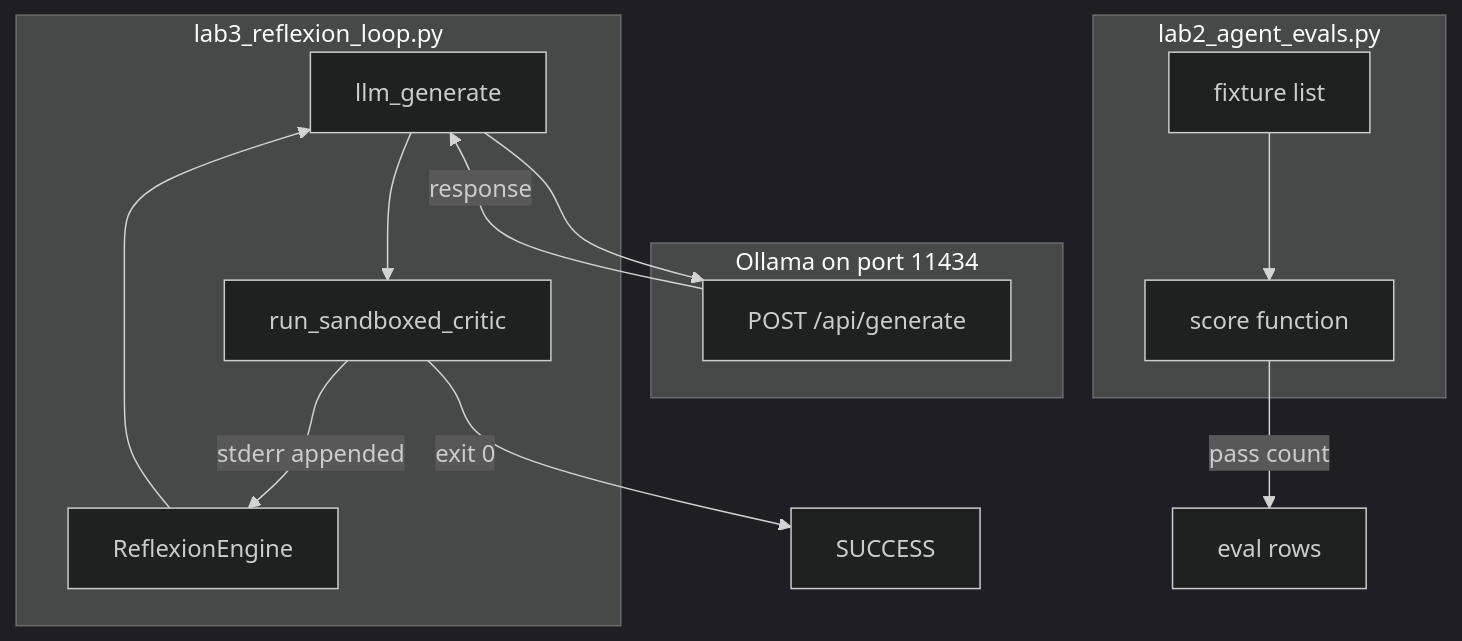
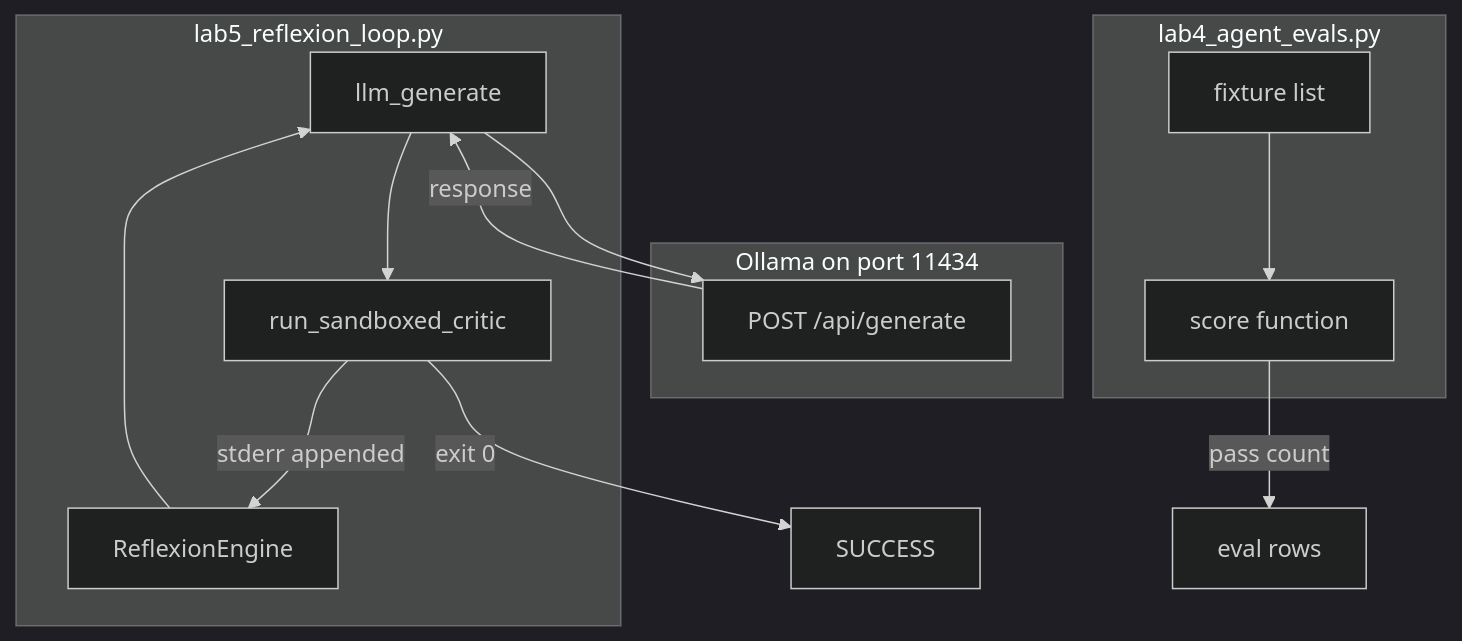
Before and after one commit to jacobbweber/AgenticAI-Labs: the diagram in education/12_reliability/02_reflexion_and_evals.md, drawn with Mermaid (dark theme). The commit also changed other lines of this file and 1 other file, not shown here.

Commit message:
Update chapter 12 module Lab links after renumber

````diff
--- a/education/12_reliability/02_reflexion_and_evals.md
+++ b/education/12_reliability/02_reflexion_and_evals.md
@@ -38,23 +38,23 @@
 ```mermaid
 flowchart TD
-    subgraph reflex_lab [lab3_reflexion_loop.py]
+    subgraph reflex_lab [lab5_reflexion_loop.py]
         GEN["llm_generate"]
         CRIT["run_sandboxed_critic"]
         ENG["ReflexionEngine"]
     end
     subgraph reflex_host [Ollama on port 11434]
         GENAPI["POST /api/generate"]
     end
-    subgraph eval_lab [lab2_agent_evals.py]
+    subgraph eval_lab [lab4_agent_evals.py]
         CASES["fixture list"]
         SCORE["score function"]
     end
     ENG --> GEN
     GEN --> GENAPI
     GENAPI -->|"response"| GEN
     GEN --> CRIT
     CRIT -->|"exit 0"| OK["SUCCESS"]
     CRIT -->|"stderr appended"| ENG
     CASES --> SCORE
     SCORE -->|"pass count"| OUT["eval rows"]
 ```
````
